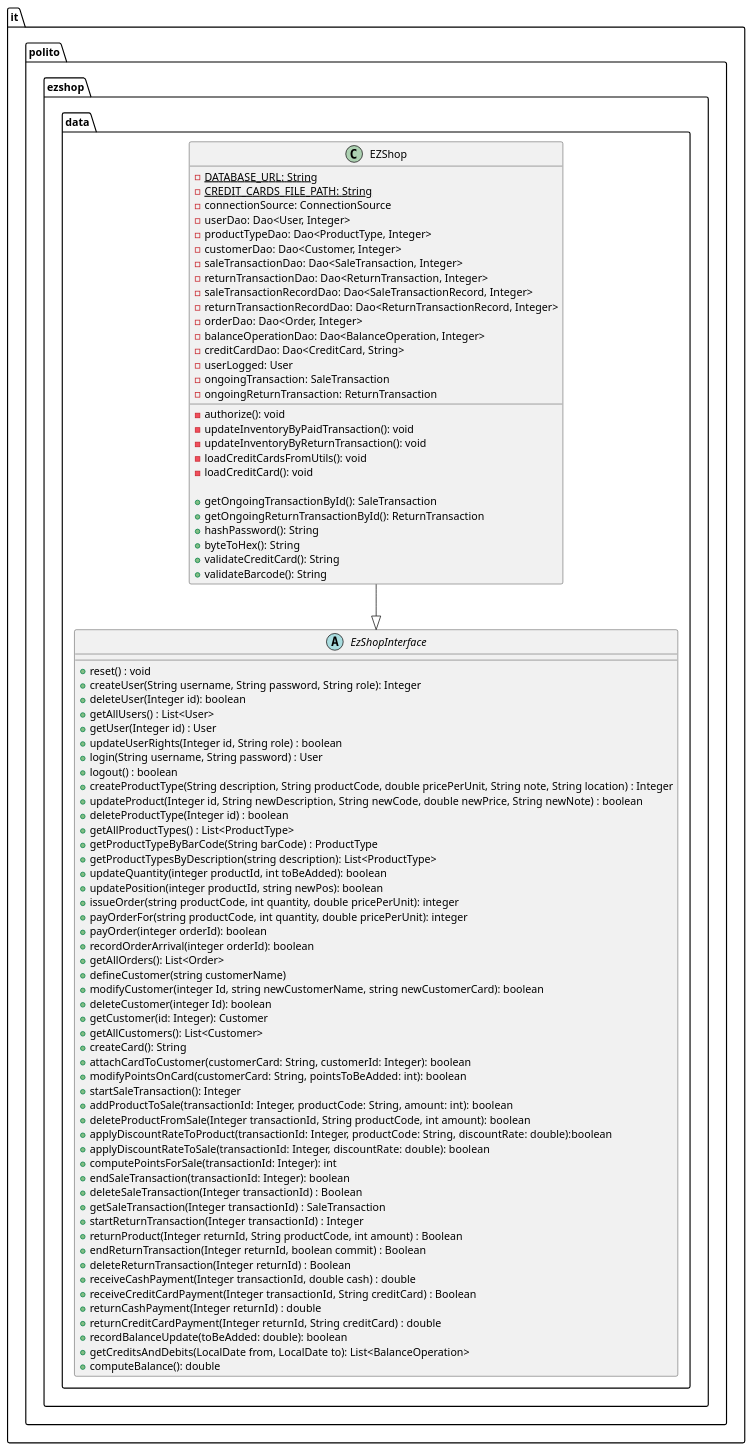
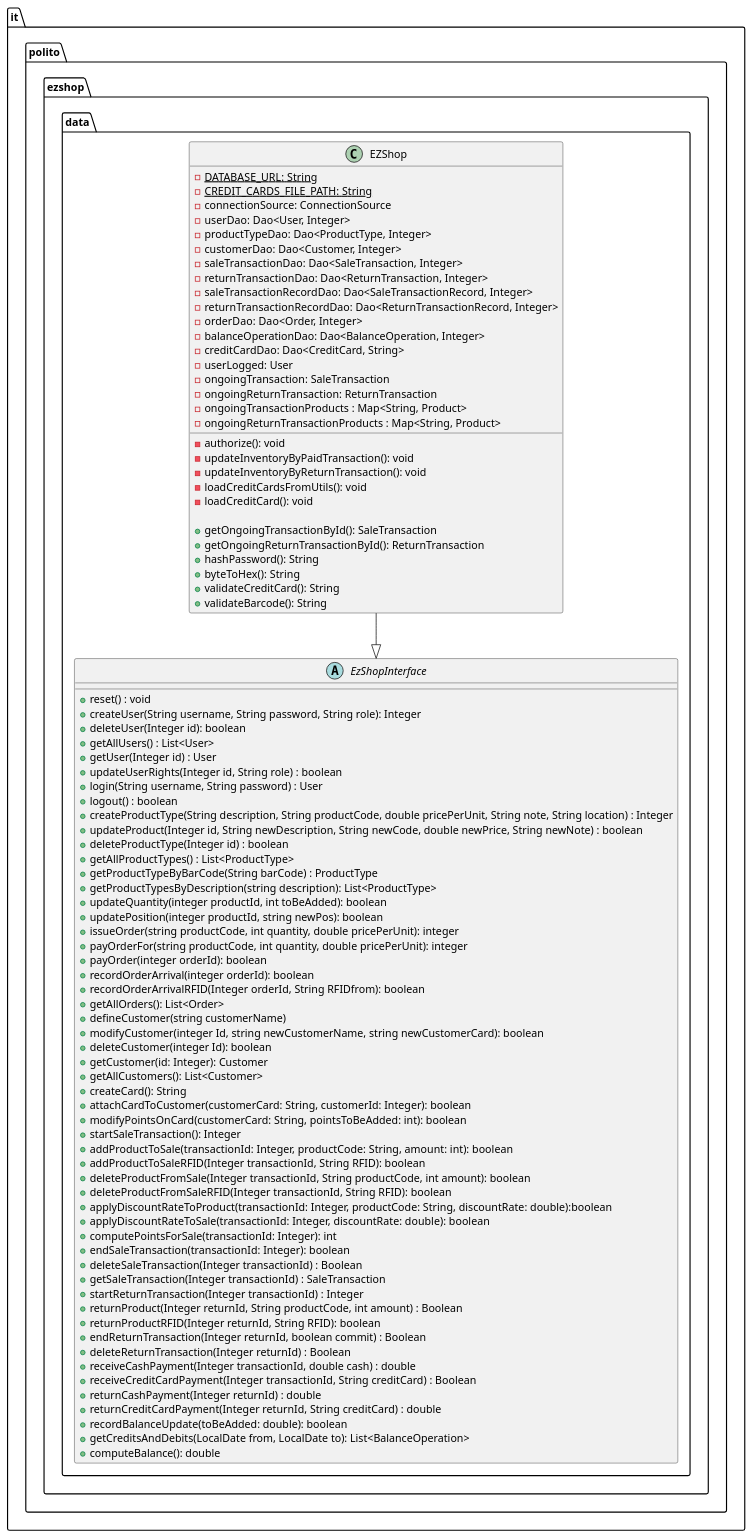
Before and after one commit to paocela/EzShop: the second of 29 diagrams in Deliverables/DesignDocument.md, drawn with PlantUML. The commit also changed other lines of this file and 1 other file, not shown here.

Commit message:
feat(DesignDocument): Added design requirements for RFID

```diff
--- a/Deliverables/DesignDocument.md
+++ b/Deliverables/DesignDocument.md
@@ -101,6 +101,7 @@
     + payOrderFor(string productCode, int quantity, double pricePerUnit): integer
     + payOrder(integer orderId): boolean
     + recordOrderArrival(integer orderId): boolean
+    + recordOrderArrivalRFID(Integer orderId, String RFIDfrom): boolean
     + getAllOrders(): List<Order>
     + defineCustomer(string customerName)
     + modifyCustomer(integer Id, string newCustomerName, string newCustomerCard): boolean
@@ -112,7 +113,9 @@
     + modifyPointsOnCard(customerCard: String, pointsToBeAdded: int): boolean
     + startSaleTransaction(): Integer
     + addProductToSale(transactionId: Integer, productCode: String, amount: int): boolean
+    + addProductToSaleRFID(Integer transactionId, String RFID): boolean
     + deleteProductFromSale(Integer transactionId, String productCode, int amount): boolean
+    +  deleteProductFromSaleRFID(Integer transactionId, String RFID): boolean
     + applyDiscountRateToProduct(transactionId: Integer, productCode: String, discountRate: double):boolean
     + applyDiscountRateToSale(transactionId: Integer, discountRate: double): boolean
     + computePointsForSale(transactionId: Integer): int
@@ -121,6 +124,7 @@
     + getSaleTransaction(Integer transactionId) : SaleTransaction
     + startReturnTransaction(Integer transactionId) : Integer
     + returnProduct(Integer returnId, String productCode, int amount) : Boolean
+    + returnProductRFID(Integer returnId, String RFID): boolean
     + endReturnTransaction(Integer returnId, boolean commit) : Boolean
     + deleteReturnTransaction(Integer returnId) : Boolean
     + receiveCashPayment(Integer transactionId, double cash) : double
@@ -150,6 +154,8 @@
         - userLogged: User
         - ongoingTransaction: SaleTransaction
         - ongoingReturnTransaction: ReturnTransaction
+        - ongoingTransactionProducts : Map<String, Product> 
+        - ongoingReturnTransactionProducts : Map<String, Product>
         
         - authorize(): void
         - updateInventoryByPaidTransaction(): void
```
